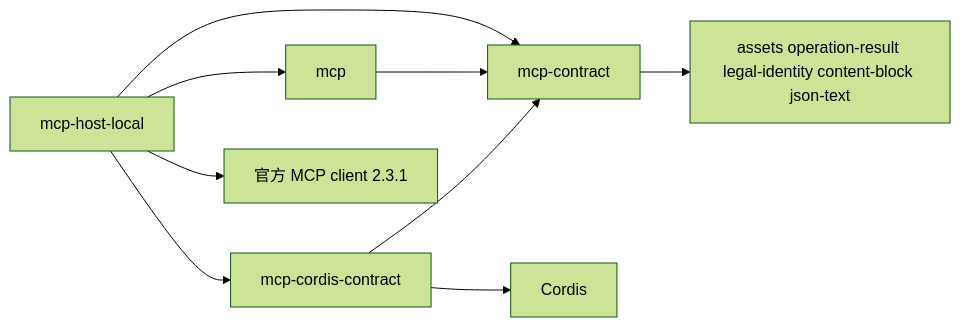
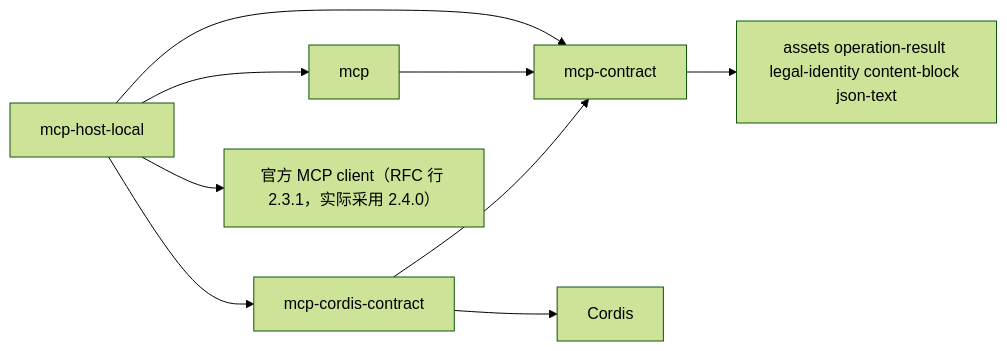
One commit to nemori-ai/omne-harness-lite changed the diagram in packages/mcp/README.md. Above: the diagram before and after it, drawn with Mermaid (forest theme). The commit also changed other lines of this file and 5 other files, not shown here.

````diff
--- a/packages/mcp/README.md
+++ b/packages/mcp/README.md
@@ -24,11 +24,11 @@
 ```mermaid
 flowchart LR
     hostLocal[mcp-host-local] --> mcp[mcp]
     hostLocal --> cordisContract[mcp-cordis-contract]
     hostLocal --> contract[mcp-contract]
-    hostLocal --> sdk[官方 MCP client 2.3.1]
+    hostLocal --> sdk["官方 MCP client（RFC 行 2.3.1，实际采用 2.4.0）"]
     mcp --> contract
     cordisContract --> contract
     cordisContract --> cordis[Cordis]
     contract --> common[assets operation-result legal-identity content-block json-text]
 ```
````
